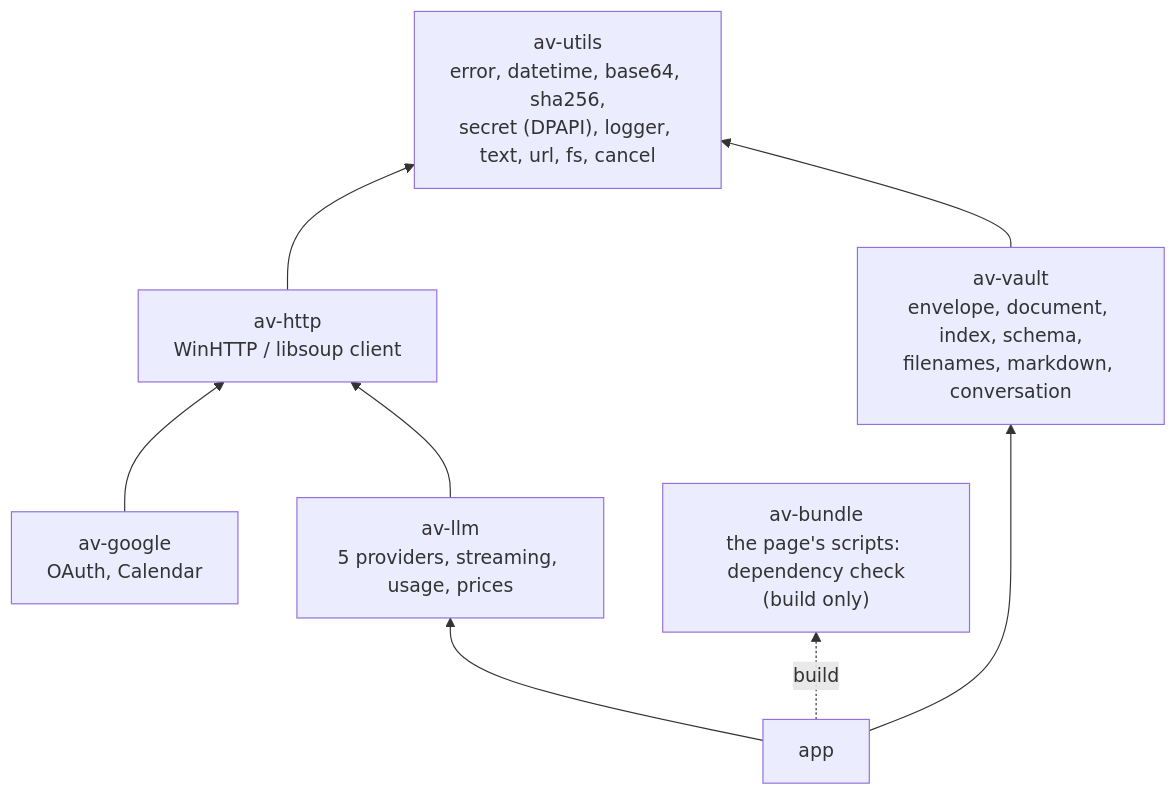
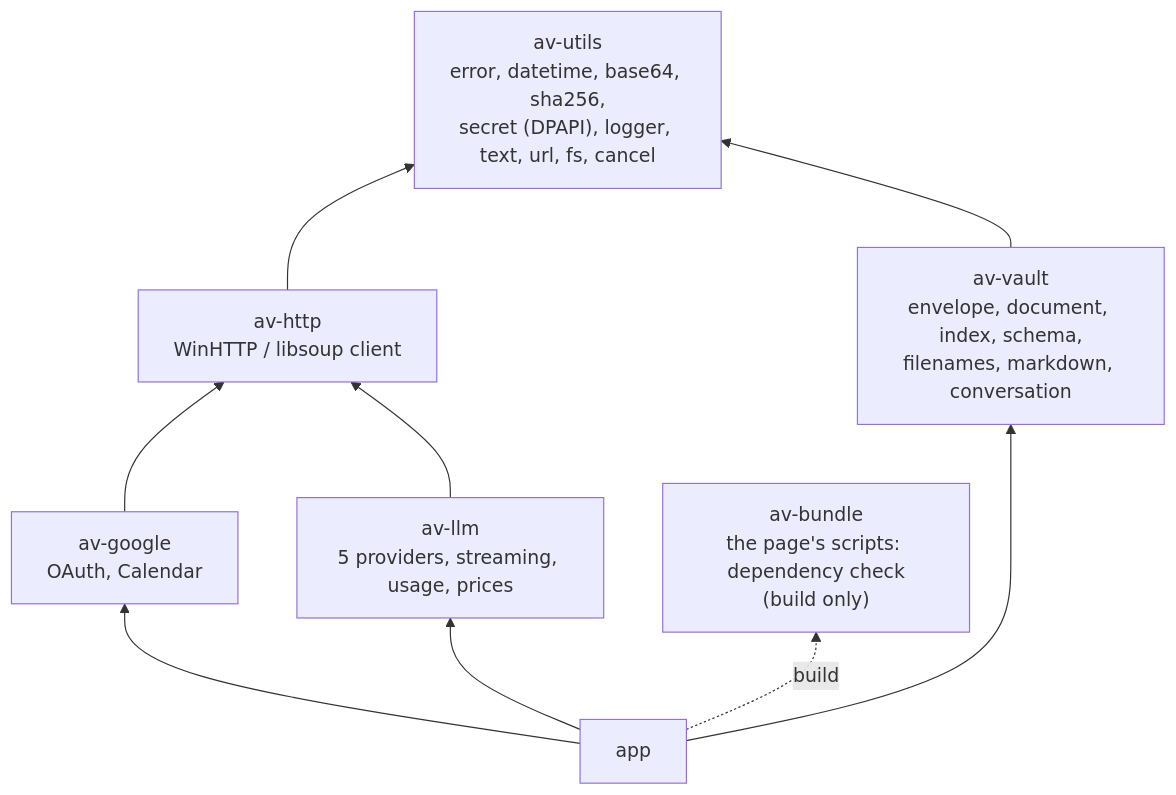
Before and after one commit to steschu77/avelor: the diagram in docs/architecture.md, drawn with Mermaid. The commit also changed other lines of this file and 22 other files, not shown here.

````diff
--- a/docs/architecture.md
+++ b/docs/architecture.md
@@ -226,17 +228,18 @@
 ```mermaid
 flowchart BT
     utils["av-utils<br/>error, datetime, base64, sha256,<br/>secret (DPAPI), logger, text, url, fs, cancel"]
     http["av-http<br/>WinHTTP / libsoup client"]
     vault["av-vault<br/>envelope, document, index, schema,<br/>filenames, markdown, conversation"]
     google["av-google<br/>OAuth, Calendar"]
     llm["av-llm<br/>5 providers, streaming, usage, prices"]
     bundle["av-bundle<br/>the page's scripts: dependency check<br/>(build only)"]
     app["app"]
     http --> utils
     vault --> utils
     google --> http
     llm --> http
     app --> vault
+    app --> google
     app --> llm
     app -. build .-> bundle
 ```
````
